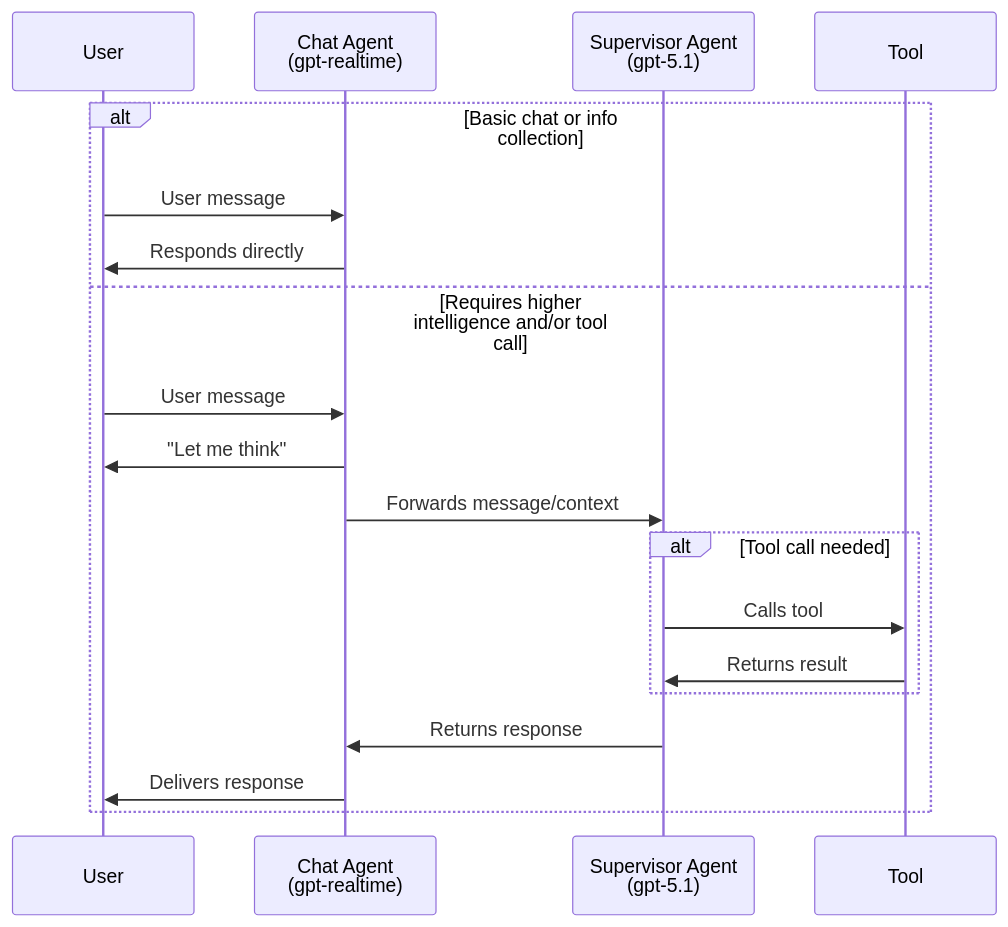
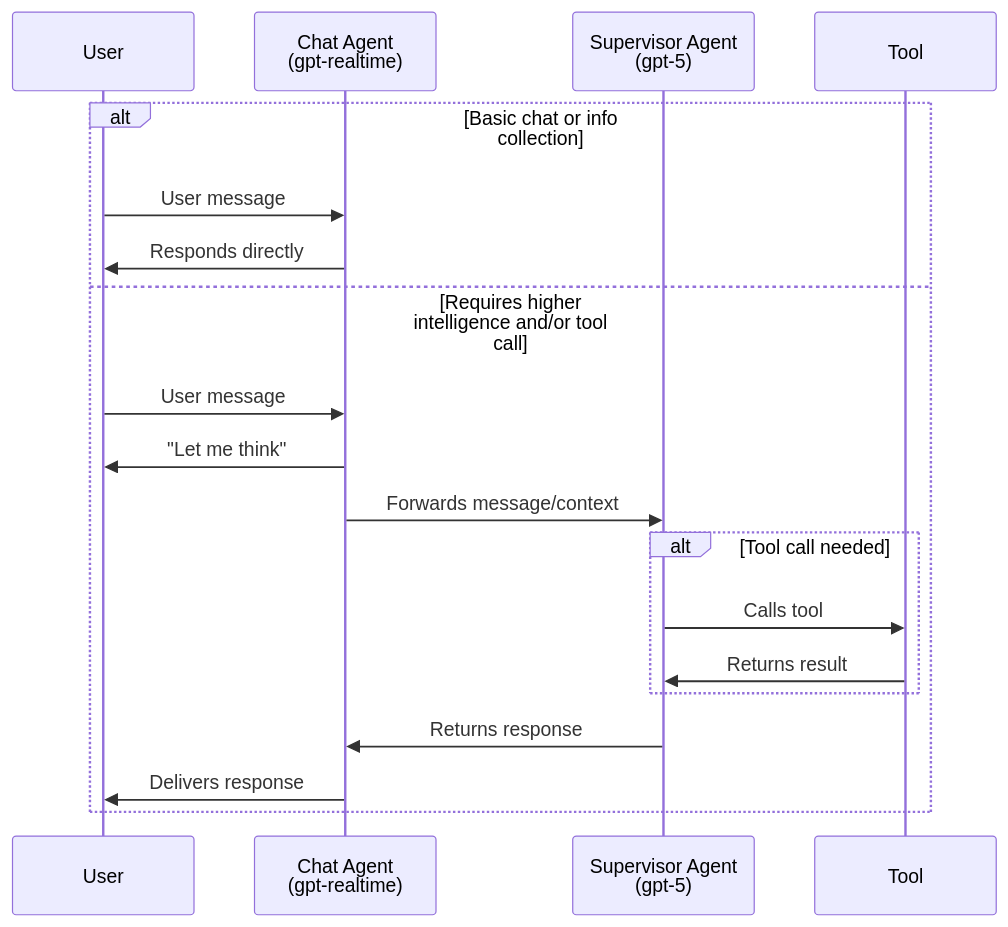
Before and after one commit to BranchManager69/dexter-agents: the first of 2 diagrams in README.md, drawn with Mermaid. The commit also changed other lines of this file and 8 other files, not shown here.

````diff
--- a/README.md
+++ b/README.md
@@ -42,22 +44,22 @@
 ```mermaid
 sequenceDiagram
     participant User
     participant ChatAgent as Chat Agent<br/>(gpt-realtime)
-    participant Supervisor as Supervisor Agent<br/>(gpt-5.1)
+    participant Supervisor as Supervisor Agent<br/>(gpt-5)
     participant Tool as Tool
 
     alt Basic chat or info collection
         User->>ChatAgent: User message
         ChatAgent->>User: Responds directly
     else Requires higher intelligence and/or tool call
         User->>ChatAgent: User message
         ChatAgent->>User: "Let me think"
         ChatAgent->>Supervisor: Forwards message/context
         alt Tool call needed
             Supervisor->>Tool: Calls tool
             Tool->>Supervisor: Returns result
         end
         Supervisor->>ChatAgent: Returns response
         ChatAgent->>User: Delivers response
     end
 ```
````
